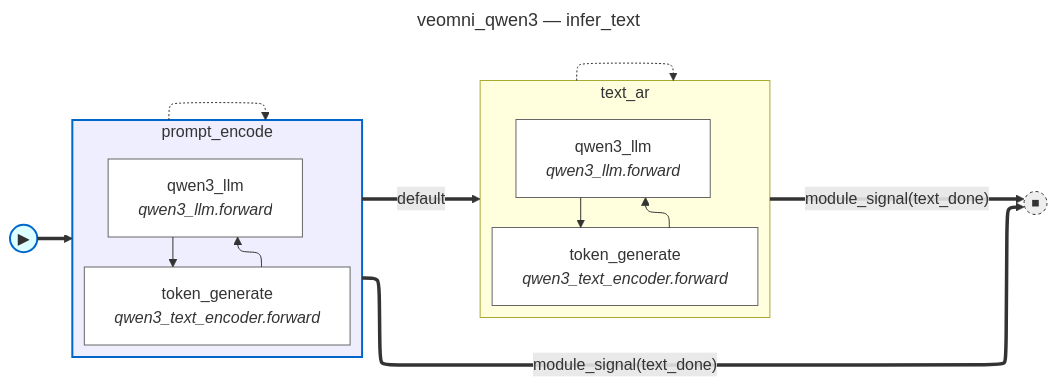
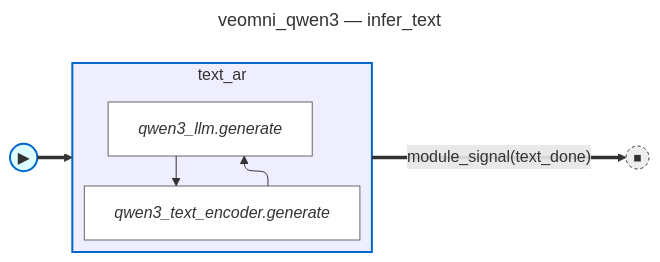
Before and after one commit to ByteDance-Seed/VeOmni: the diagram in graphs/veomni_qwen3/infer_text.mmd, drawn with Mermaid. The commit also changed 1 other file, not shown here.

Commit message:
chore: regenerate Qwen3 graph diagrams

```diff
--- a/graphs/veomni_qwen3/infer_text.mmd
+++ b/graphs/veomni_qwen3/infer_text.mmd
@@ -1,31 +1,20 @@
 ---
 title: veomni_qwen3 — infer_text
 ---
 %%{init: {'flowchart': {'defaultRenderer': 'elk'}}}%%
 flowchart LR
     fsm_start(("▶")):::fsm_start
     fsm_done(("⏹")):::fsm_terminal
-    subgraph state_prompt_encode [prompt_encode]
-        direction TB
-        prompt_encode__token_generate["token_generate<br/><i>qwen3_text_encoder.forward</i>"]:::body_node
-        prompt_encode__qwen3_llm["qwen3_llm<br/><i>qwen3_llm.forward</i>"]:::body_node
-        prompt_encode__token_generate --> prompt_encode__qwen3_llm
-        prompt_encode__qwen3_llm --> prompt_encode__token_generate
-    end
     subgraph state_text_ar [text_ar]
         direction TB
-        text_ar__token_generate["token_generate<br/><i>qwen3_text_encoder.forward</i>"]:::body_node
-        text_ar__qwen3_llm["qwen3_llm<br/><i>qwen3_llm.forward</i>"]:::body_node
-        text_ar__token_generate --> text_ar__qwen3_llm
-        text_ar__qwen3_llm --> text_ar__token_generate
+        text_ar__qwen3_text_encoder_generate["<i>qwen3_text_encoder.generate</i>"]:::body_node
+        text_ar__qwen3_llm_generate["<i>qwen3_llm.generate</i>"]:::body_node
+        text_ar__qwen3_text_encoder_generate --> text_ar__qwen3_llm_generate
+        text_ar__qwen3_llm_generate --> text_ar__qwen3_text_encoder_generate
     end
-    state_prompt_encode -.-> state_prompt_encode
-    state_text_ar -.-> state_text_ar
-    fsm_start ==> state_prompt_encode
-    state_prompt_encode ==>|"module_signal(text_done)"| fsm_done
-    state_prompt_encode ==>|"default"| state_text_ar
+    fsm_start ==> state_text_ar
     state_text_ar ==>|"module_signal(text_done)"| fsm_done
     classDef body_node fill:#fff,stroke:#666
     classDef fsm_start fill:#dff,stroke:#06c,stroke-width:2px
     classDef fsm_terminal fill:#eee,stroke:#333,stroke-width:1px,stroke-dasharray:3 3
-    style state_prompt_encode fill:#eef,stroke:#06c,stroke-width:2px
+    style state_text_ar fill:#eef,stroke:#06c,stroke-width:2px
```
